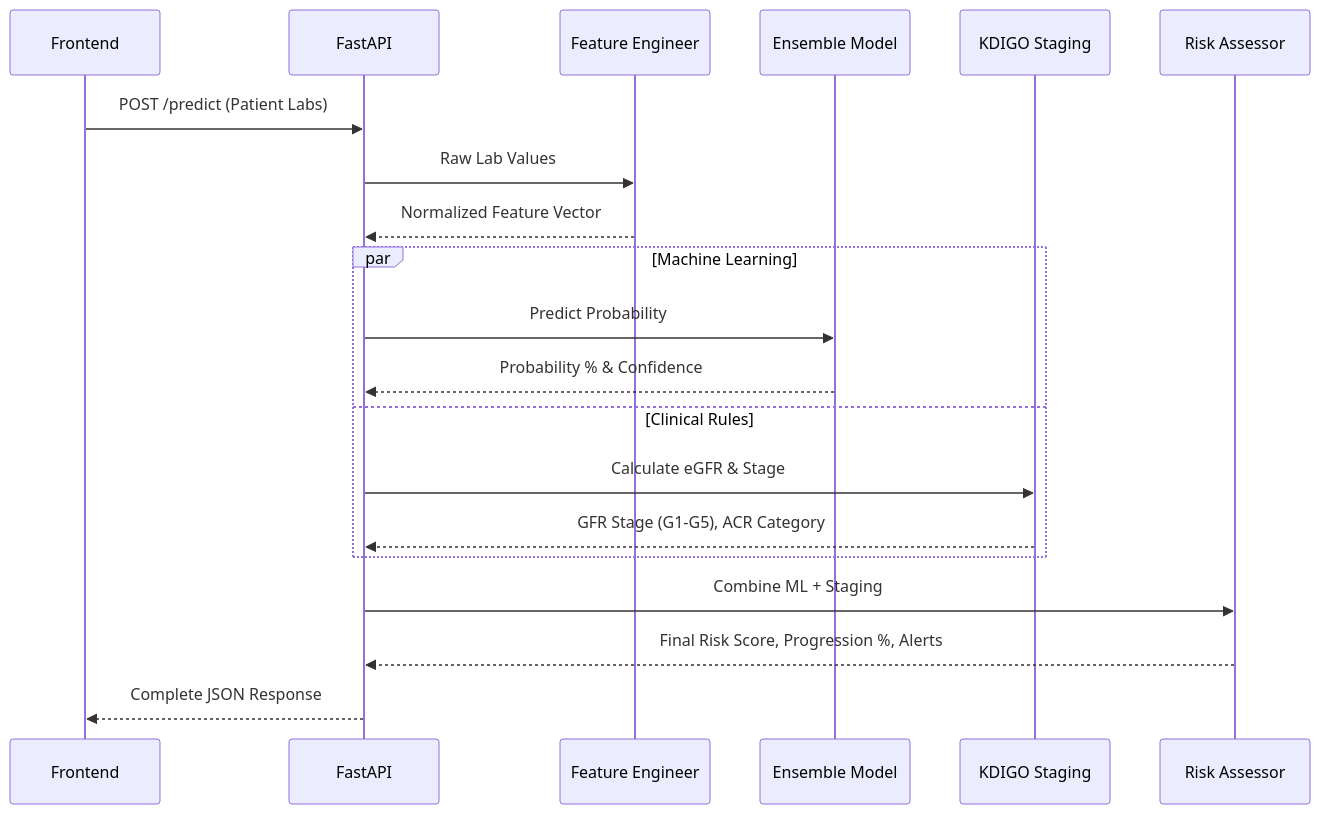
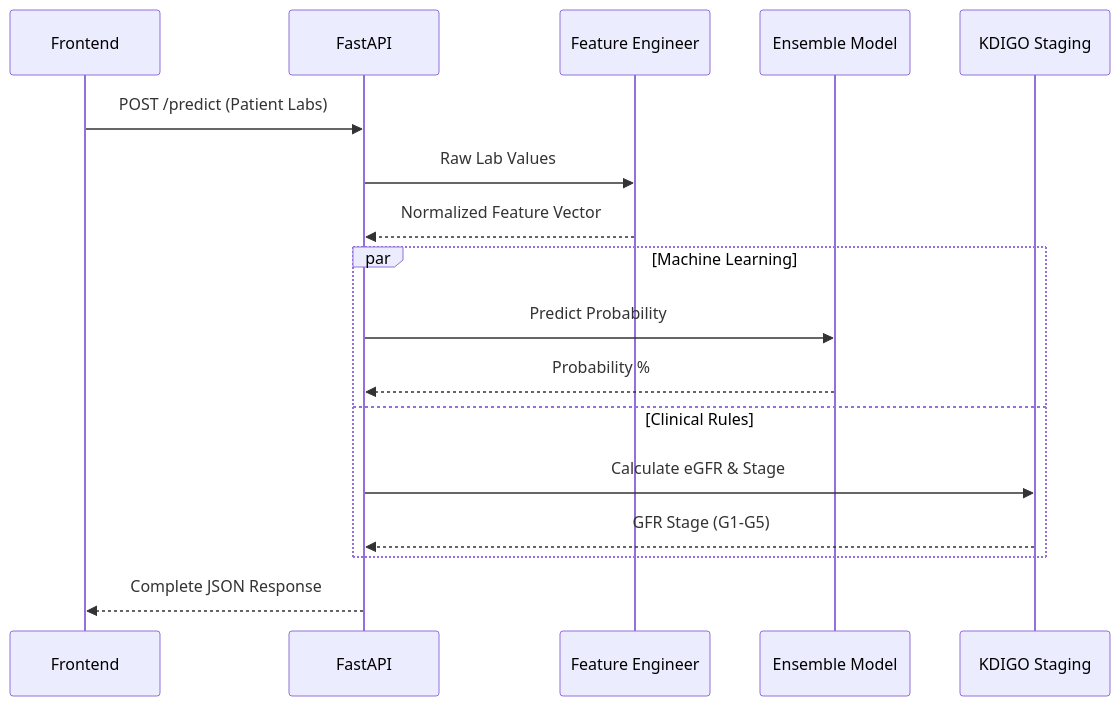
Before and after one commit to amribrahim11vv/Kidnefy-Ai: the second of 5 diagrams in README.md, drawn with Mermaid. The commit also changed other lines of this file, not shown here.

````diff
--- a/README.md
+++ b/README.md
@@ -69,25 +73,21 @@
 ```mermaid
 sequenceDiagram
     participant UI as Frontend
     participant API as FastAPI
     participant FE as Feature Engineer
     participant ML as Ensemble Model
     participant STG as KDIGO Staging
-    participant Risk as Risk Assessor
     
     UI->>API: POST /predict (Patient Labs)
     API->>FE: Raw Lab Values
     FE-->>API: Normalized Feature Vector
     
     par Machine Learning
         API->>ML: Predict Probability
-        ML-->>API: Probability % & Confidence
+        ML-->>API: Probability %
     and Clinical Rules
         API->>STG: Calculate eGFR & Stage
-        STG-->>API: GFR Stage (G1-G5), ACR Category
+        STG-->>API: GFR Stage (G1-G5)
     end
-    
-    API->>Risk: Combine ML + Staging
-    Risk-->>API: Final Risk Score, Progression %, Alerts
     API-->>UI: Complete JSON Response
 ```
````
